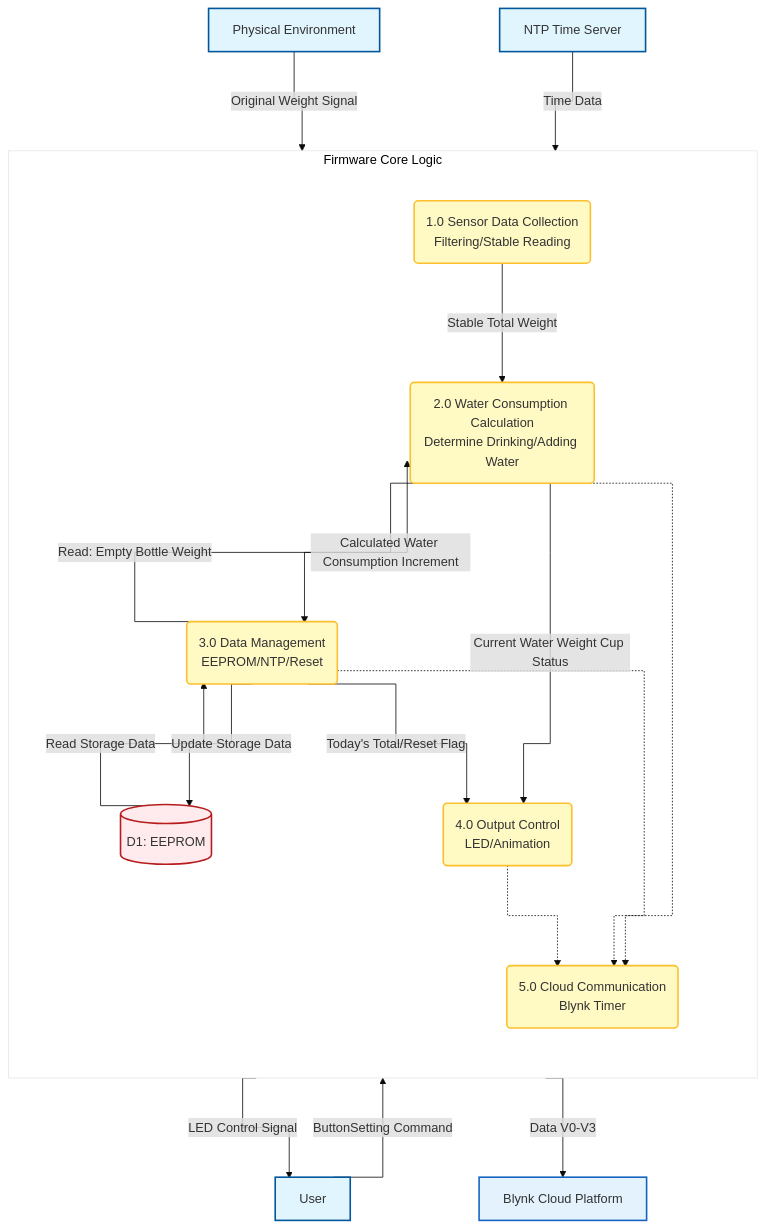
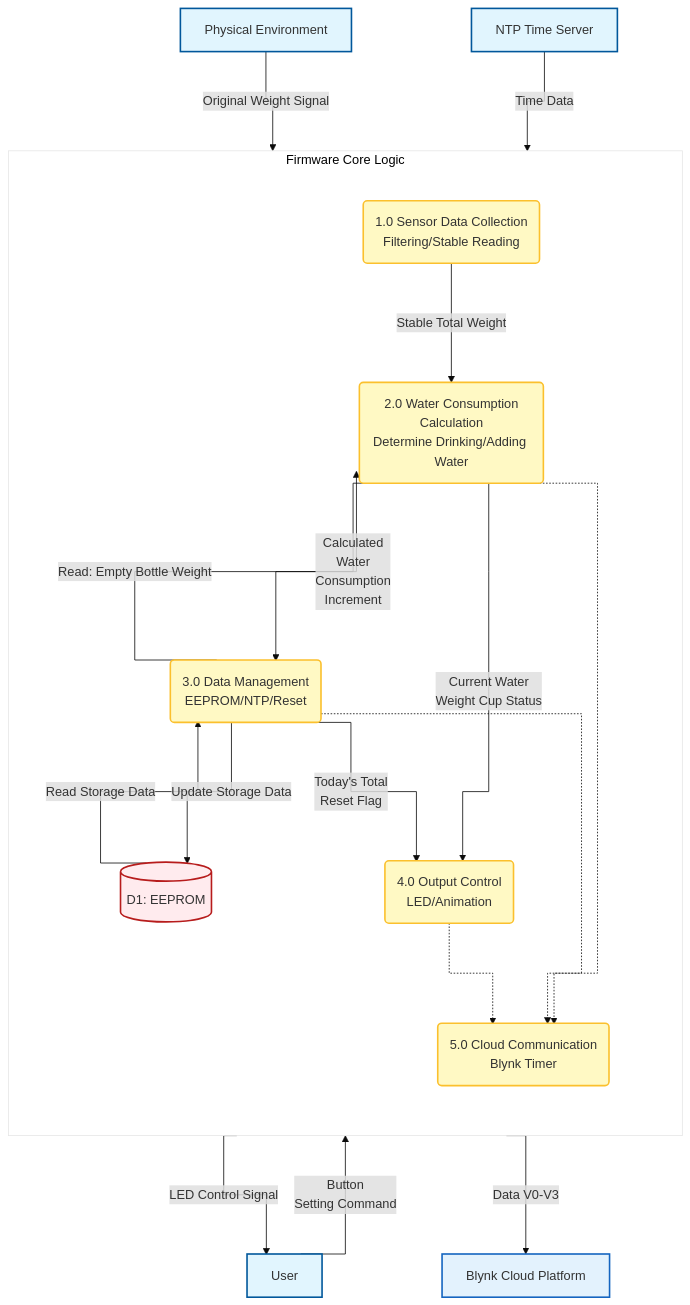
One commit to hyuuw/iiot changed the second of 2 diagrams in README.md. Above: the diagram before and after it, drawn with Mermaid.

````diff
--- a/README.md
+++ b/README.md
@@ -87,62 +87,62 @@
 ```mermaid
 graph TD
     %% --- 風格設定區 ---
     %% edgeLabelBackground: #e0e0e0aa (灰底標籤)
     %% curve: stepAfter (直角線條)
     %%{init: {
       'theme': 'base',
       'themeVariables': { 
         'primaryColor': '#fff9c4', 
         'edgeLabelBackground': '#e0e0e0aa', 
         'tertiaryColor': '#fff'
       },
       'flowchart': { 'curve': 'stepAfter', 'nodeSpacing': 150, 'rankSpacing': 100 }
     }}%%
 
     %% --- 樣式定義 ---
     classDef entity fill:#e1f5fe,stroke:#01579b,stroke-width:2px;
     classDef process fill:#fff9c4,stroke:#fbc02d,stroke-width:2px,rx:5,ry:5;
     classDef store fill:#ffebee,stroke:#b71c1c,stroke-width:2px;
     classDef output fill:#e3f2fd,stroke:#1565c0,stroke-width:2px;
 
     %% --- 節點定義 (已加上雙引號保護特殊字元) ---
     Env[Physical Environment]:::entity
     User[User]:::entity
     NTP[NTP Time Server]:::entity
     
     subgraph Core [Firmware Core Logic]
         direction TB
         P1("1.0 Sensor Data Collection<br/>Filtering/Stable Reading"):::process
         P3("3.0 Data Management<br/>EEPROM/NTP/Reset"):::process
         D1[("D1: EEPROM")]:::store
-        P2("2.0 Water Consumption Calculation<br/>Determine Drinking/Adding Water"):::process
+        P2("2.0 Water Consumption<br/>Calculation<br/>Determine Drinking/Adding Water"):::process
         P4("4.0 Output Control<br/>LED/Animation"):::process
         P5("5.0 Cloud Communication<br/>Blynk Timer"):::process
     end
 
     Cloud[Blynk Cloud Platform]:::output
 
     %% --- 連線關係 (使用 -- "文字" --> 語法以避免括號報錯) ---
     Env -- "Original Weight Signal" --> P1
-    User -- "ButtonSetting Command" --> P3
+    User -- "Button<br/>Setting Command" --> P3
     NTP -- "Time Data" --> P3
 
     P1 -- "Stable Total Weight" --> P2
     
     P3 -- "Update Storage Data" --> D1
     D1 -- "Read Storage Data" --> P3
 
     P3 -- "Read: Empty Bottle Weight" --> P2
-    P2 -- "Calculated Water Consumption Increment" --> P3
+    P2 -- "Calculated<br/>Water<br/>Consumption<br/>Increment" --> P3
 
-    P2 -- "Current Water Weight Cup Status" --> P4
-    P3 -- "Today's Total/Reset Flag" --> P4
+    P2 -- "Current Water<br/>Weight Cup Status" --> P4
+    P3 -- "Today's Total<br/>Reset Flag" --> P4
     
     P4 -- "LED Control Signal" --> User
 
     P2 -.-> P5
     P3 -.-> P5
     P4 -.-> P5
     
     P5 -- "Data V0-V3" --> Cloud
 ```
````
